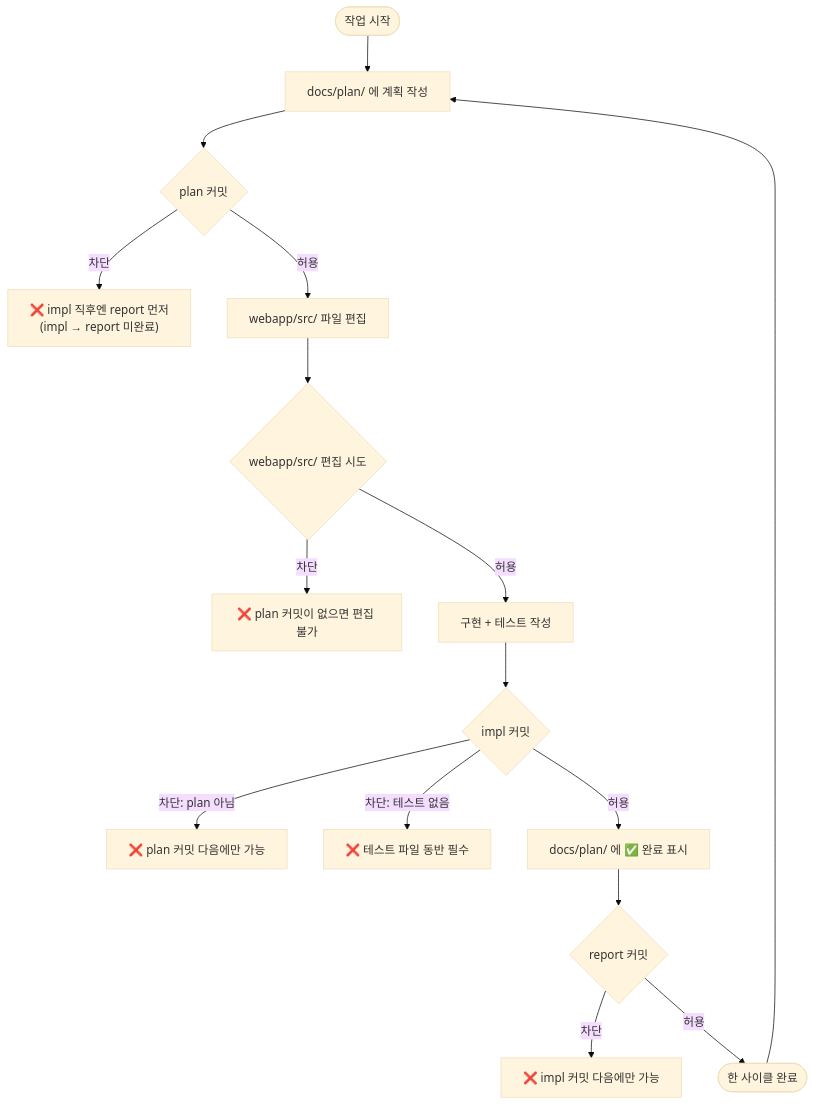
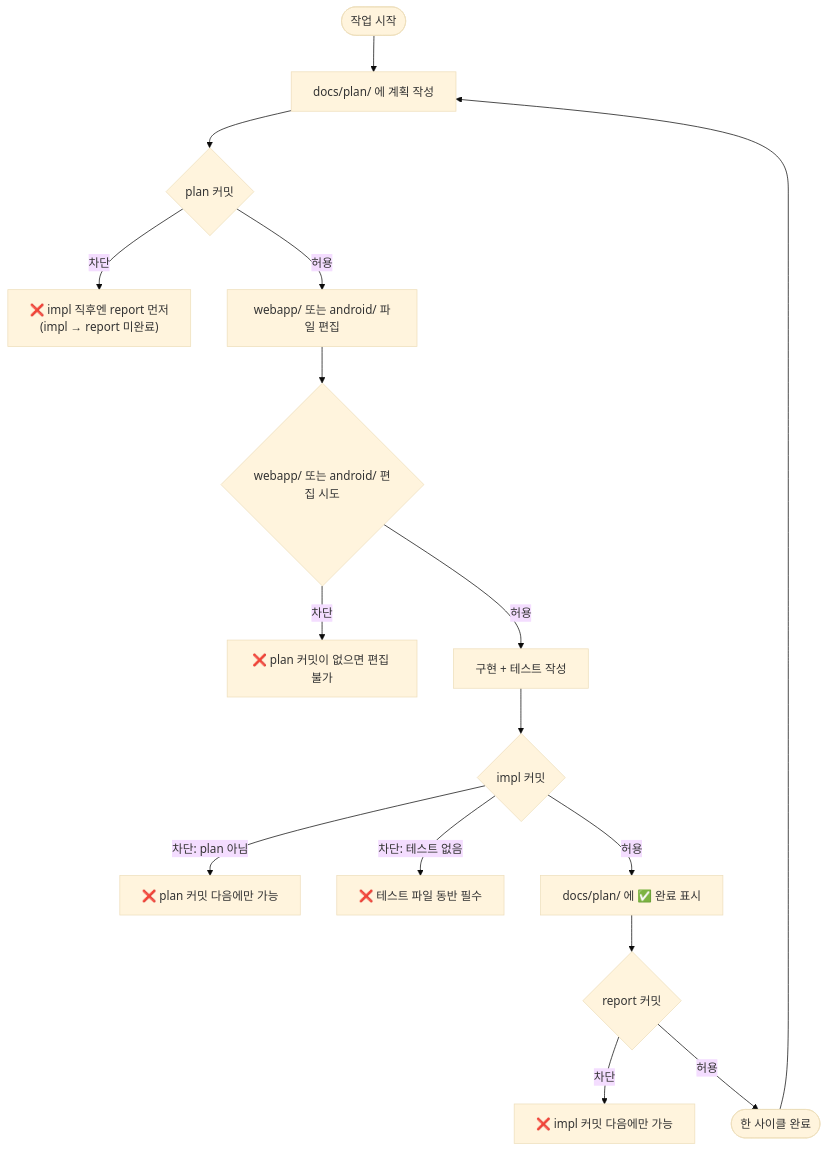
Before and after one commit to seungrye/slowmade-duckdns-org: the first of 2 diagrams in docs/hooks.md, drawn with Mermaid (base theme). The commit also changed other lines of this file and 2 other files, not shown here.

First line of the commit message:
chore: 훅 범위 확장 — webapp/src/ → webapp/ + android/

````diff
--- a/docs/hooks.md
+++ b/docs/hooks.md
@@ -10,22 +10,22 @@
 ```mermaid
 flowchart TD
     A([작업 시작]) --> B[docs/plan/ 에 계획 작성]
     B --> C{plan 커밋}
     C -->|차단| C1["❌ impl 직후엔 report 먼저\n(impl → report 미완료)"]
-    C -->|허용| D[webapp/src/ 파일 편집]
+    C -->|허용| D[webapp/ 또는 android/ 파일 편집]
 
-    D --> E{webapp/src/ 편집 시도}
+    D --> E{webapp/ 또는 android/ 편집 시도}
     E -->|차단| E1[❌ plan 커밋이 없으면 편집 불가]
     E -->|허용| F[구현 + 테스트 작성]
 
     F --> G{impl 커밋}
     G -->|차단: plan 아님| G1[❌ plan 커밋 다음에만 가능]
     G -->|차단: 테스트 없음| G2[❌ 테스트 파일 동반 필수]
     G -->|허용| H["docs/plan/ 에 ✅ 완료 표시"]
 
     H --> I{report 커밋}
     I -->|차단| I1[❌ impl 커밋 다음에만 가능]
     I -->|허용| J([한 사이클 완료])
 
     J --> B
 ```
````
